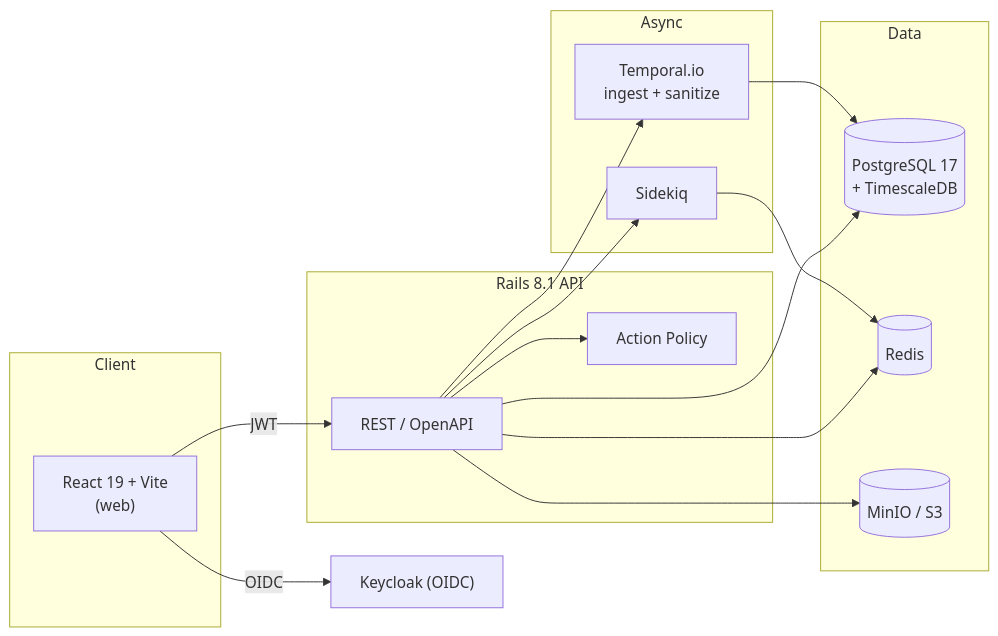
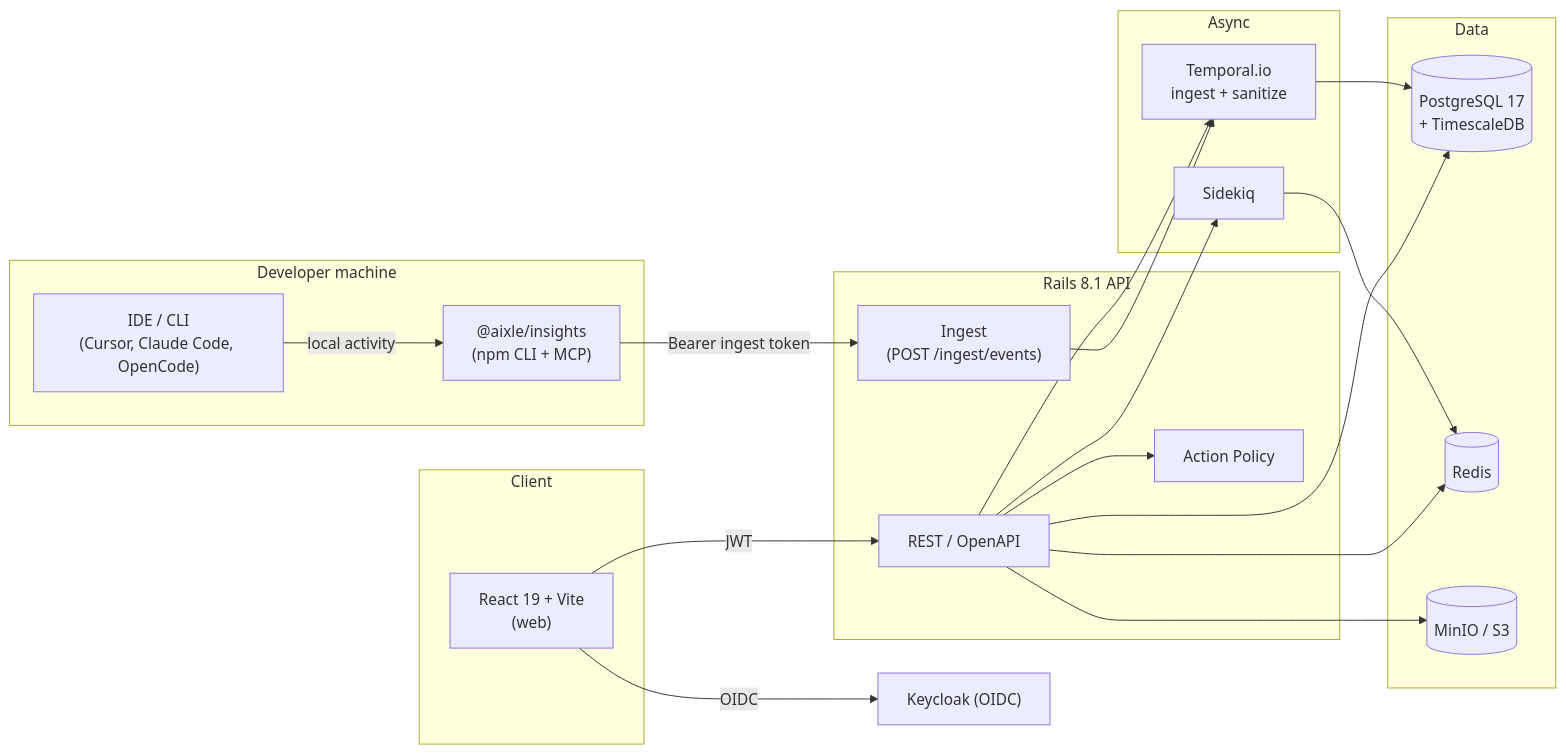
Before and after one commit to AixleHQ/insights: the diagram in README.md, drawn with Mermaid.

Commit message:
docs: show @aixle/insights telemetry flow in README architecture diagram
The README architecture diagram showed only the web client → API path and
omitted how IDE telemetry reaches the system. Add the developer-machine
subgraph (IDE → @aixle/insights CLI/MCP) and the ingest edge
(POST /ingest/events, Bearer token) into the sanitization pipeline.

````diff
--- a/README.md
+++ b/README.md
@@ -52,31 +52,39 @@
 ```mermaid
 flowchart LR
     subgraph Client
         Web["React 19 + Vite<br/>(web)"]
     end
+    subgraph Dev["Developer machine"]
+        IDE["IDE / CLI<br/>(Cursor, Claude Code, OpenCode)"]
+        Agent["@aixle/insights<br/>(npm CLI + MCP)"]
+    end
     subgraph API["Rails 8.1 API"]
         REST["REST / OpenAPI"]
+        Ingest["Ingest<br/>(POST /ingest/events)"]
         Pol["Action Policy"]
     end
     subgraph Async
         Sidekiq["Sidekiq"]
         Temporal["Temporal.io<br/>ingest + sanitize"]
     end
     subgraph Data
         PG[("PostgreSQL 17<br/>+ TimescaleDB")]
         Redis[("Redis")]
         MinIO[("MinIO / S3")]
     end
     KC["Keycloak (OIDC)"]
 
     Web -->|OIDC| KC
     Web -->|JWT| REST
+    IDE -->|local activity| Agent
+    Agent -->|Bearer ingest token| Ingest
+    Ingest --> Temporal
     REST --> Pol
     REST --> PG
     REST --> Redis
     REST --> Sidekiq
     REST --> Temporal
     Temporal --> PG
     Sidekiq --> Redis
     REST --> MinIO
 ```
````
